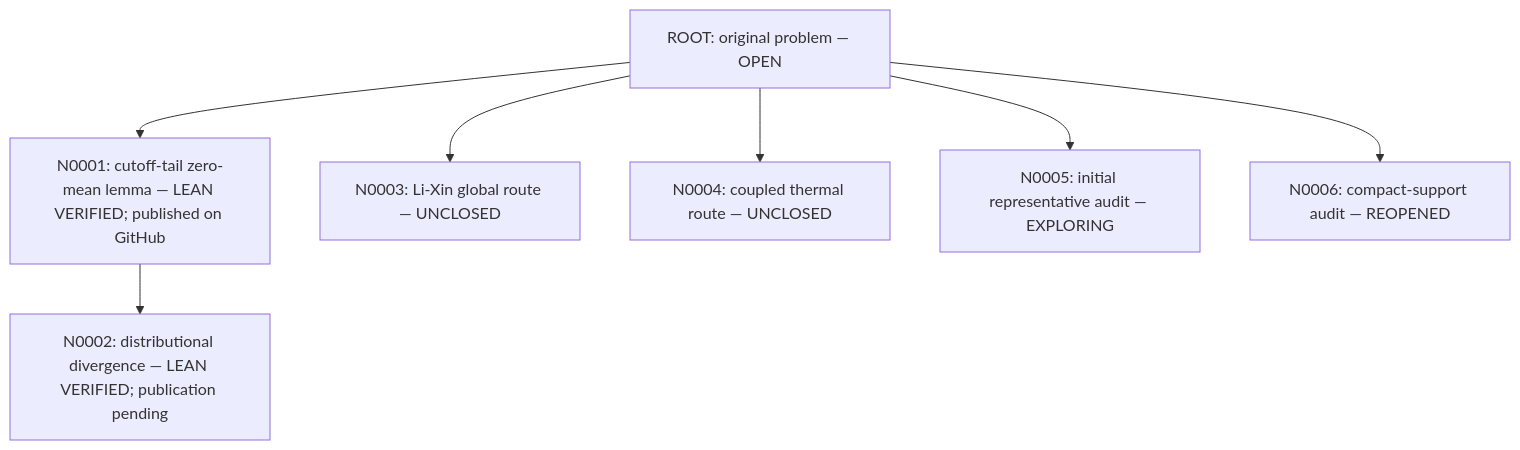
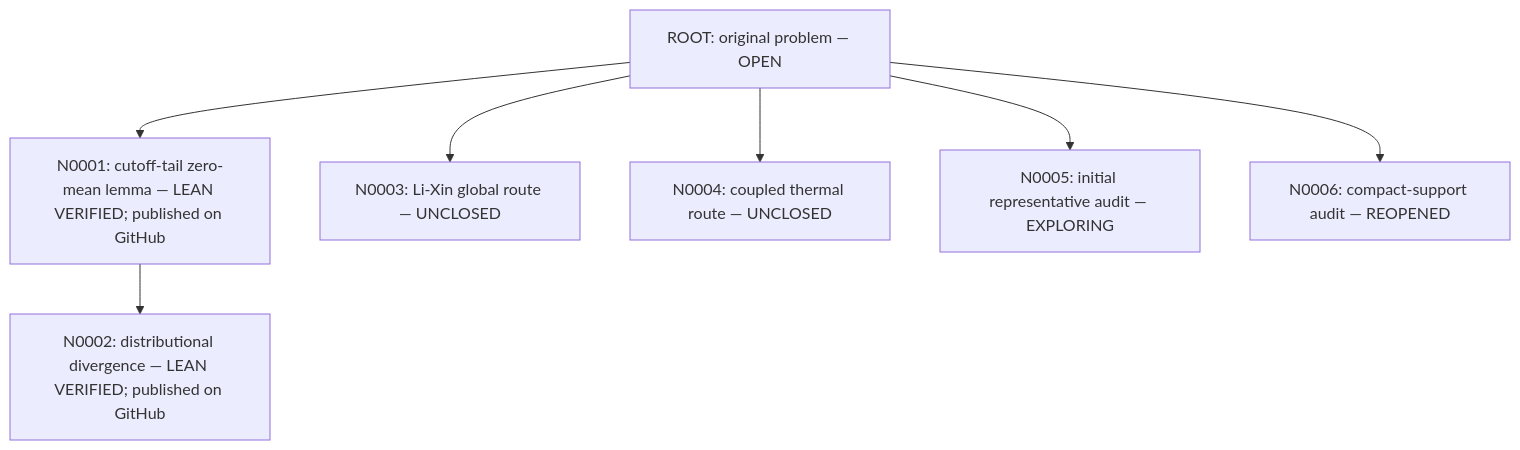
Before and after one commit to SongXin2357/xiong-fns-general-vacuum: the diagram in README.md, drawn with Mermaid. The commit also changed other lines of this file and 3 other files, not shown here.

Commit message:
Bind N0002 to verified private GitHub publication

````diff
--- a/README.md
+++ b/README.md
@@ -9,9 +9,9 @@
 ```mermaid
 flowchart TD
  ROOT["ROOT: original problem — OPEN"] --> N0001["N0001: cutoff-tail zero-mean lemma — LEAN VERIFIED; published on GitHub"]
- N0001 --> N0002["N0002: distributional divergence — LEAN VERIFIED; publication pending"]
+ N0001 --> N0002["N0002: distributional divergence — LEAN VERIFIED; published on GitHub"]
  ROOT --> N0003["N0003: Li-Xin global route — UNCLOSED"]
  ROOT --> N0004["N0004: coupled thermal route — UNCLOSED"]
  ROOT --> N0005["N0005: initial representative audit — EXPLORING"]
  ROOT --> N0006["N0006: compact-support audit — REOPENED"]
 ```
````
